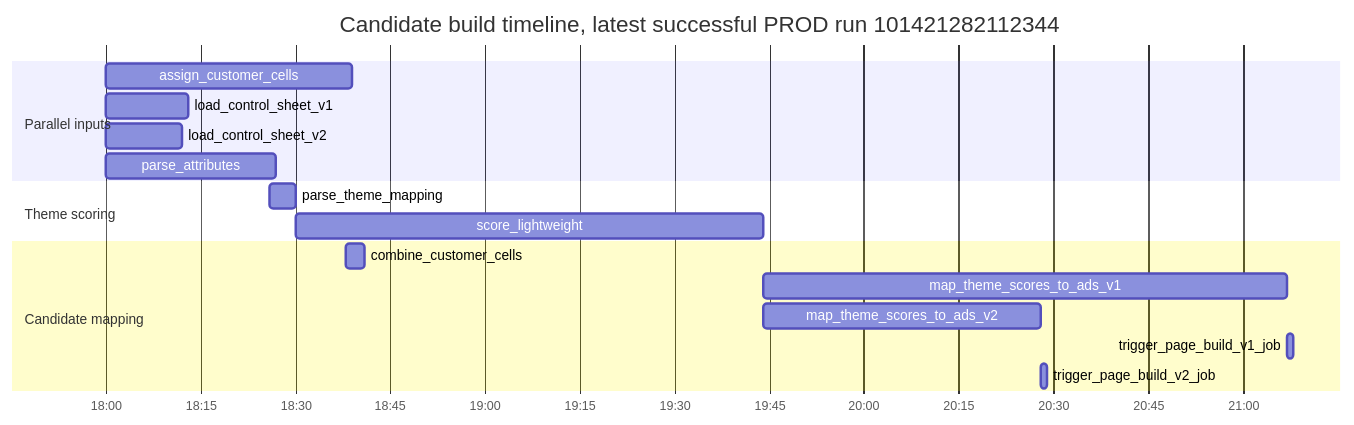
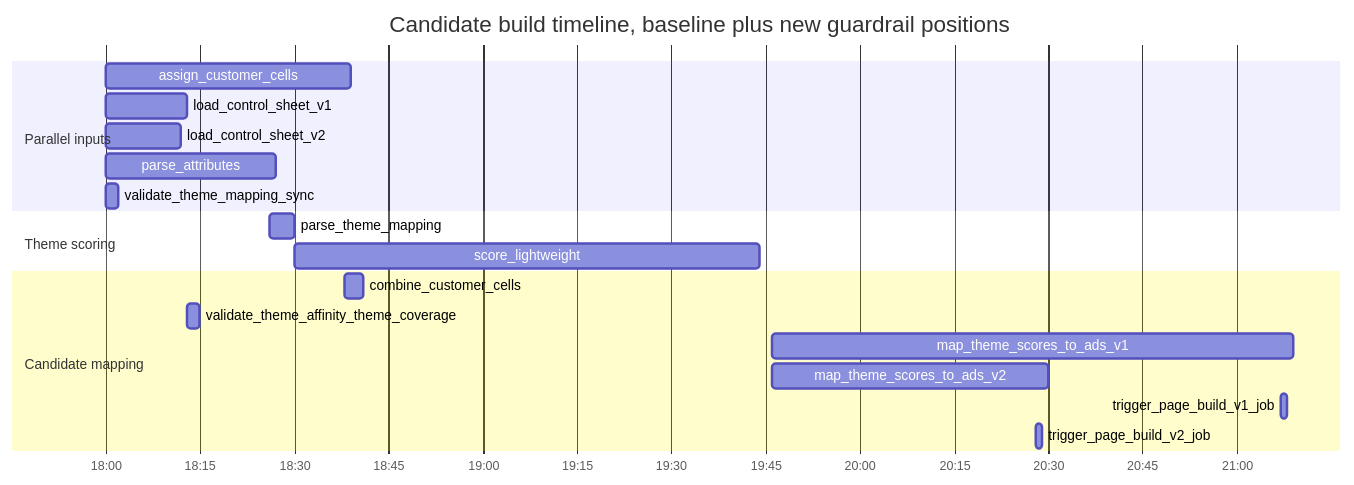
The third of 8 diagrams in docs/CICD/nextads_databricks_runtime_map.md (swblain-glyndwr/personal_project), drawn with Mermaid before and after one commit. The commit also changed other lines of this file and 16 other files, not shown here.

Commit message:
Add v1 v2 theme mapping guardrails

````diff
--- a/docs/CICD/nextads_databricks_runtime_map.md
+++ b/docs/CICD/nextads_databricks_runtime_map.md
@@ -94,20 +103,22 @@
 ```mermaid
 gantt
-  title Candidate build timeline, latest successful PROD run 101421282112344
+  title Candidate build timeline, baseline plus new guardrail positions
   dateFormat  YYYY-MM-DD HH:mm
   axisFormat  %H:%M
   section Parallel inputs
   assign_customer_cells      :2026-07-02 18:00, 39m
   load_control_sheet_v1      :2026-07-02 18:00, 13m
   load_control_sheet_v2      :2026-07-02 18:00, 12m
   parse_attributes           :2026-07-02 18:00, 27m
+  validate_theme_mapping_sync :2026-07-02 18:00, 2m
   section Theme scoring
   parse_theme_mapping        :2026-07-02 18:26, 4m
   score_lightweight          :2026-07-02 18:30, 74m
   section Candidate mapping
   combine_customer_cells     :2026-07-02 18:38, 3m
-  map_theme_scores_to_ads_v1 :2026-07-02 19:44, 83m
-  map_theme_scores_to_ads_v2 :2026-07-02 19:44, 44m
+  validate_theme_affinity_theme_coverage :2026-07-02 18:13, 2m
+  map_theme_scores_to_ads_v1 :2026-07-02 19:46, 83m
+  map_theme_scores_to_ads_v2 :2026-07-02 19:46, 44m
   trigger_page_build_v1_job  :2026-07-02 21:07, 1m
   trigger_page_build_v2_job  :2026-07-02 20:28, 1m
 ```
````
